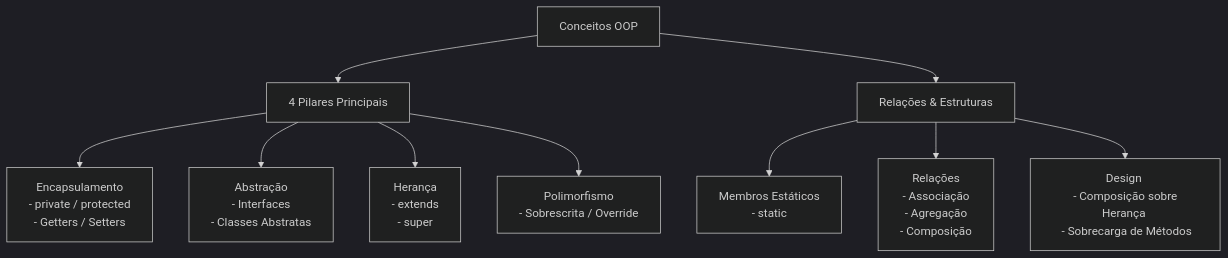
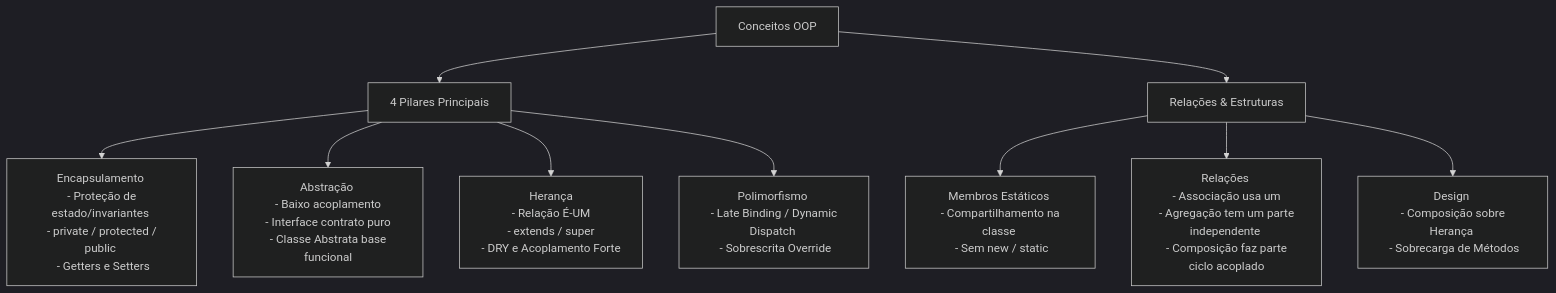
The diagram in oop/concepts.md (NavesDev/Software-Design-Study), drawn with Mermaid (dark theme) before and after one commit. The commit also changed other lines of this file, not shown here.

Commit message:
docs: expand OOP concepts guide with architectural motivations and detailed relationship definitions

````diff
--- a/oop/concepts.md
+++ b/oop/concepts.md
@@ -235,15 +282,15 @@
 ```mermaid
 graph TD
     OOP[Conceitos OOP]
     OOP --> Pilares[4 Pilares Principais]
     OOP --> Estruturas[Relações & Estruturas]
 
-    Pilares --> Encapsulamento[Encapsulamento <br/> - private / protected <br/> - Getters / Setters]
-    Pilares --> Abstracao[Abstração <br/> - Interfaces <br/> - Classes Abstratas]
-    Pilares --> Heranca[Herança <br/> - extends <br/> - super]
-    Pilares --> Polimorfismo[Polimorfismo <br/> - Sobrescrita / Override]
+    Pilares --> Encapsulamento[Encapsulamento <br/> - Proteção de estado/invariantes <br/> - private / protected / public <br/> - Getters e Setters]
+    Pilares --> Abstracao[Abstração <br/> - Baixo acoplamento <br/> - Interface contrato puro <br/> - Classe Abstrata base funcional]
+    Pilares --> Heranca[Herança <br/> - Relação É-UM <br/> - extends / super <br/> - DRY e Acoplamento Forte]
+    Pilares --> Polimorfismo[Polimorfismo <br/> - Late Binding / Dynamic Dispatch <br/> - Sobrescrita Override]
 
-    Estruturas --> Estatitcos[Membros Estáticos <br/> - static]
-    Estruturas --> Relacoes[Relações <br/> - Associação <br/> - Agregação <br/> - Composição]
+    Estruturas --> Estatitcos[Membros Estáticos <br/> - Compartilhamento na classe <br/> - Sem new / static]
+    Estruturas --> Relacoes[Relações <br/> - Associação usa um <br/> - Agregação tem um parte independente <br/> - Composição faz parte ciclo acoplado]
     Estruturas --> Principios[Design <br/> - Composição sobre Herança <br/> - Sobrecarga de Métodos]
 ```
````
